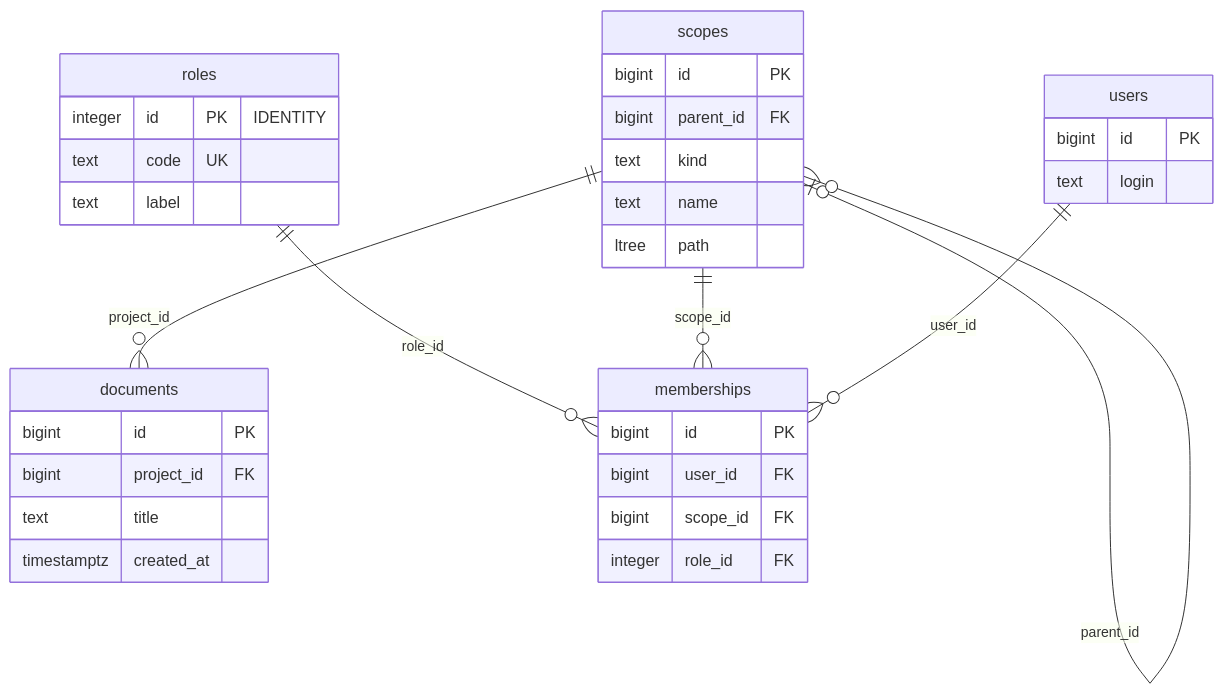
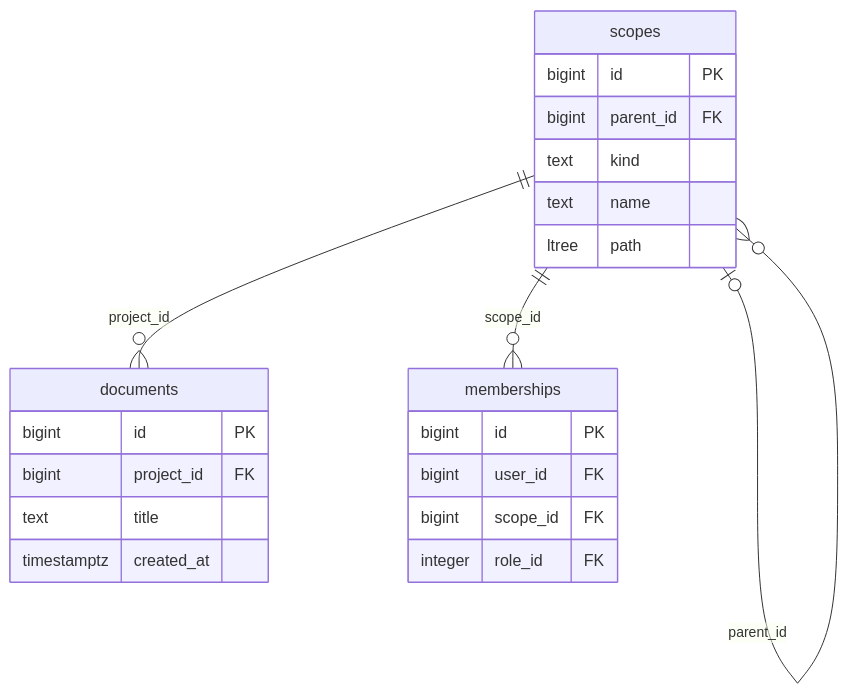
One commit to driftnode986/postgresql-db-design-samples changed the fifth of 9 diagrams in ch12_permission/README.md. Above: the diagram before and after it, drawn with Mermaid. The commit also changed other lines of this file and 15 other files, not shown here.

First line of the commit message:
docs: 設計案の構成図を縦並びにし、幅の広い ER 図を分けて、GitHub で縮まない大きさにする

````diff
--- a/ch12_permission/README.md
+++ b/ch12_permission/README.md
@@ -101,36 +106,25 @@
 ```mermaid
 erDiagram
   documents {
     bigint id PK
     bigint project_id FK
     text title
     timestamptz created_at
   }
   memberships {
     bigint id PK
     bigint user_id FK
     bigint scope_id FK
     integer role_id FK
   }
-  roles {
-    integer id PK "IDENTITY"
-    text code UK
-    text label
-  }
   scopes {
     bigint id PK
     bigint parent_id FK
     text kind
     text name
     ltree path
   }
-  users {
-    bigint id PK
-    text login
-  }
   scopes ||--o{ documents : "project_id"
-  roles ||--o{ memberships : "role_id"
   scopes ||--o{ memberships : "scope_id"
-  users ||--o{ memberships : "user_id"
   scopes |o--o{ scopes : "parent_id"
 ```
````
